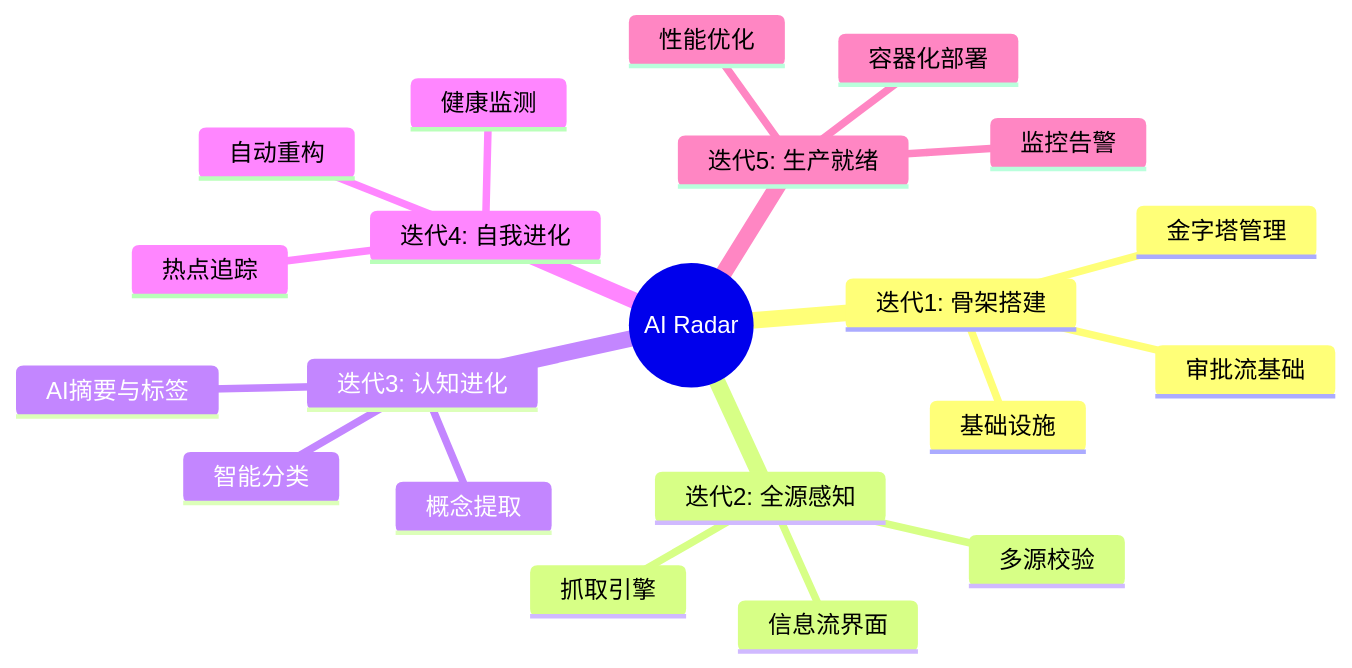
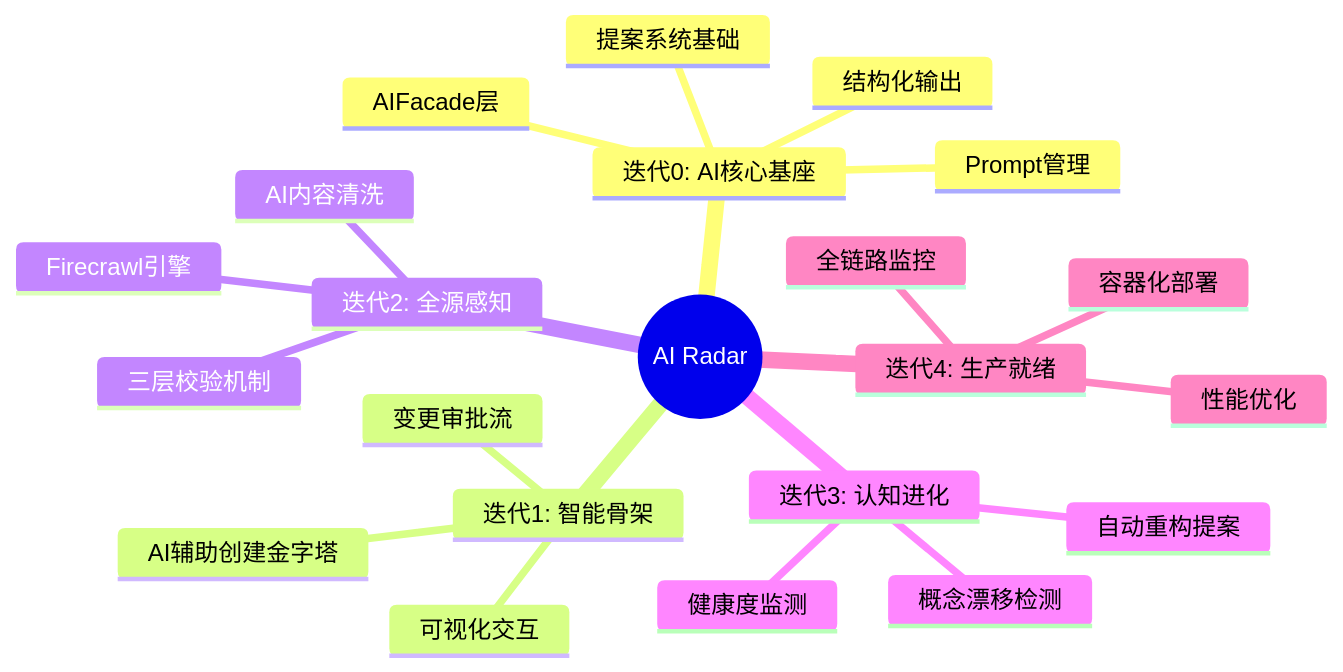
The first of 4 diagrams in docs/project-roadmap.md (demo112/knowledge_Live_radar), drawn with Mermaid before and after one commit. The commit also changed other lines of this file and 84 other files, not shown here.

````diff
--- a/docs/project-roadmap.md
+++ b/docs/project-roadmap.md
@@ -7,24 +11,25 @@
 ```mermaid
 mindmap
   root((AI Radar))
-    迭代1: 骨架搭建
-      基础设施
-      金字塔管理
-      审批流基础
+    迭代0: AI核心基座
+      AIFacade层
+      Prompt管理
+      结构化输出
+      提案系统基础
+    迭代1: 智能骨架
+      AI辅助创建金字塔
+      可视化交互
+      变更审批流
     迭代2: 全源感知
-      抓取引擎
-      多源校验
-      信息流界面
+      Firecrawl引擎
+      AI内容清洗
+      三层校验机制
     迭代3: 认知进化
-      AI摘要与标签
-      智能分类
-      概念提取
-    迭代4: 自我进化
-      健康监测
-      自动重构
-      热点追踪
-    迭代5: 生产就绪
+      健康度监测
+      自动重构提案
+      概念漂移检测
+    迭代4: 生产就绪
       容器化部署
       性能优化
-      监控告警
+      全链路监控
 ```
````
